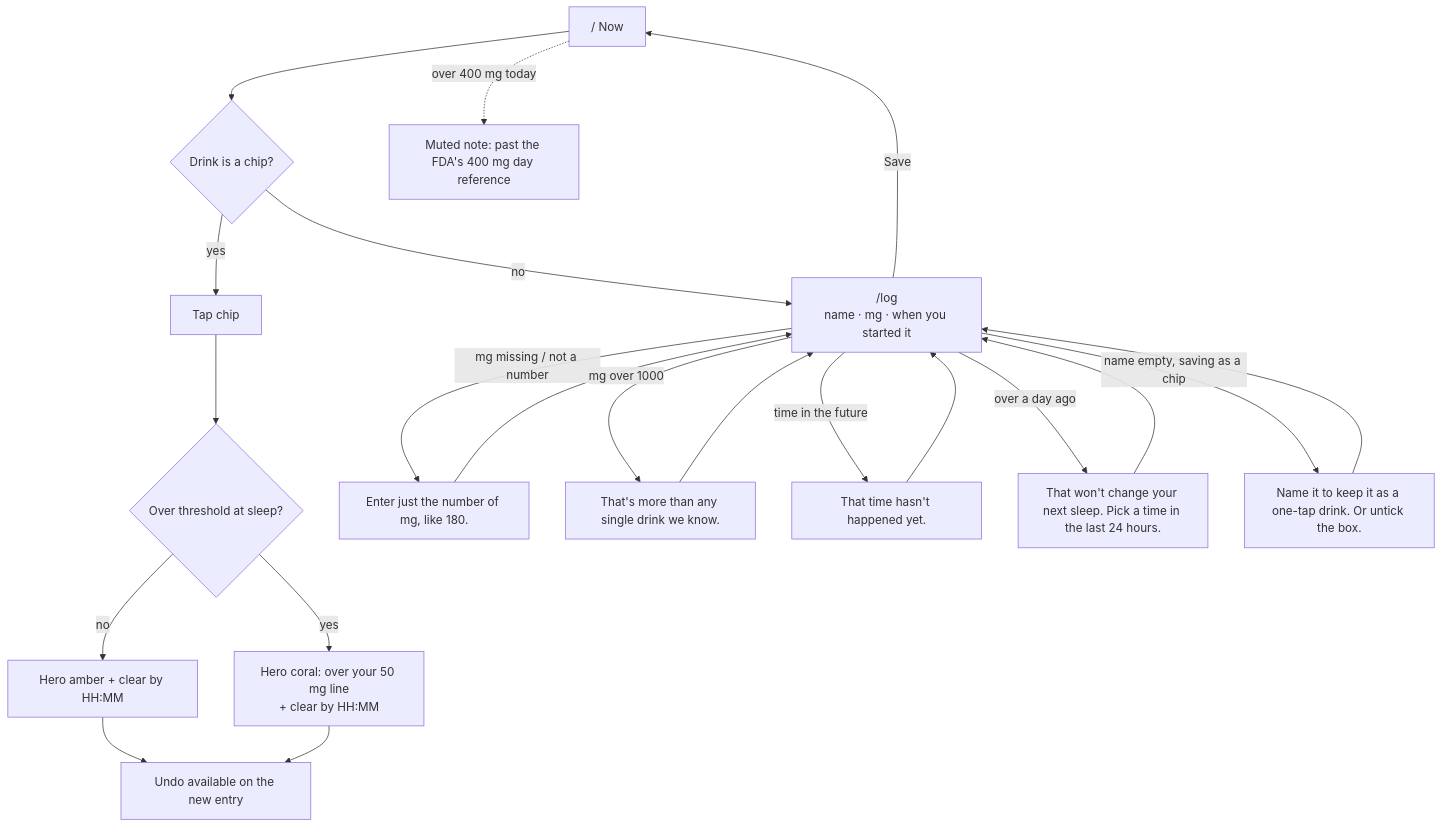
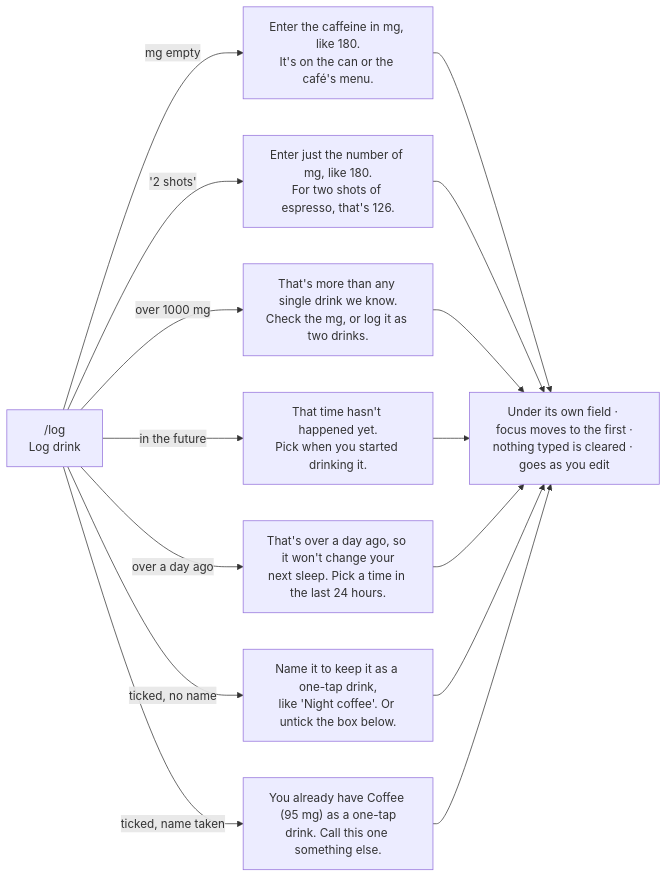
The fourth of 5 diagrams in flows.md (nocturnalvigilante/design_ship_build_homework_3), drawn with Mermaid before and after one commit. The commit also changed other lines of this file, not shown here.

First line of the commit message:
flows: redraw from the code's real wording; add a routes-and-nav map; split the form's errors out

````diff
--- a/flows.md
+++ b/flows.md
@@ -33,18 +60,11 @@
 ```mermaid
-flowchart TD
-  A["/ Now"] --> B{Drink is a chip?}
-  B -- yes --> C[Tap chip]
-  C --> D{Over threshold at sleep?}
-  D -- no --> E[Hero amber + clear by HH:MM]
-  D -- yes --> F[Hero coral: over your 50 mg line<br/>+ clear by HH:MM]
-  E & F --> U[Undo available on the new entry]
-  B -- no --> L["/log<br/>name · mg · when you started it"]
-  L -- mg missing / not a number --> L1[Enter just the number of mg, like 180.]
-  L -- mg over 1000 --> L2[That's more than any single drink we know.]
-  L -- time in the future --> L3[That time hasn't happened yet.]
-  L -- over a day ago --> L5[That won't change your next sleep. Pick a time in the last 24 hours.]
-  L -- name empty, saving as a chip --> L4[Name it to keep it as a one-tap drink. Or untick the box.]
-  L1 & L2 & L3 & L4 & L5 --> L
-  L -- Save --> A
-  A -. over 400 mg today .-> N[Muted note: past the FDA's 400 mg day reference]
+flowchart LR
+  L["/log<br/>Log drink"] -- "mg empty" --> L1["Enter the caffeine in mg, like 180.<br/>It's on the can or the café's menu."]
+  L -- "'2 shots'" --> L2["Enter just the number of mg, like 180.<br/>For two shots of espresso, that's 126."]
+  L -- "over 1000 mg" --> L3["That's more than any single drink we know.<br/>Check the mg, or log it as two drinks."]
+  L -- "in the future" --> L4["That time hasn't happened yet.<br/>Pick when you started drinking it."]
+  L -- "over a day ago" --> L5["That's over a day ago, so it won't change your<br/>next sleep. Pick a time in the last 24 hours."]
+  L -- "ticked, no name" --> L6["Name it to keep it as a one-tap drink,<br/>like 'Night coffee'. Or untick the box below."]
+  L -- "ticked, name taken" --> L7["You already have Coffee (95 mg) as a one-tap<br/>drink. Call this one something else."]
+  L1 & L2 & L3 & L4 & L5 & L6 & L7 --> K["Under its own field · focus moves to the first ·<br/>nothing typed is cleared · goes as you edit"]
 ```
````
